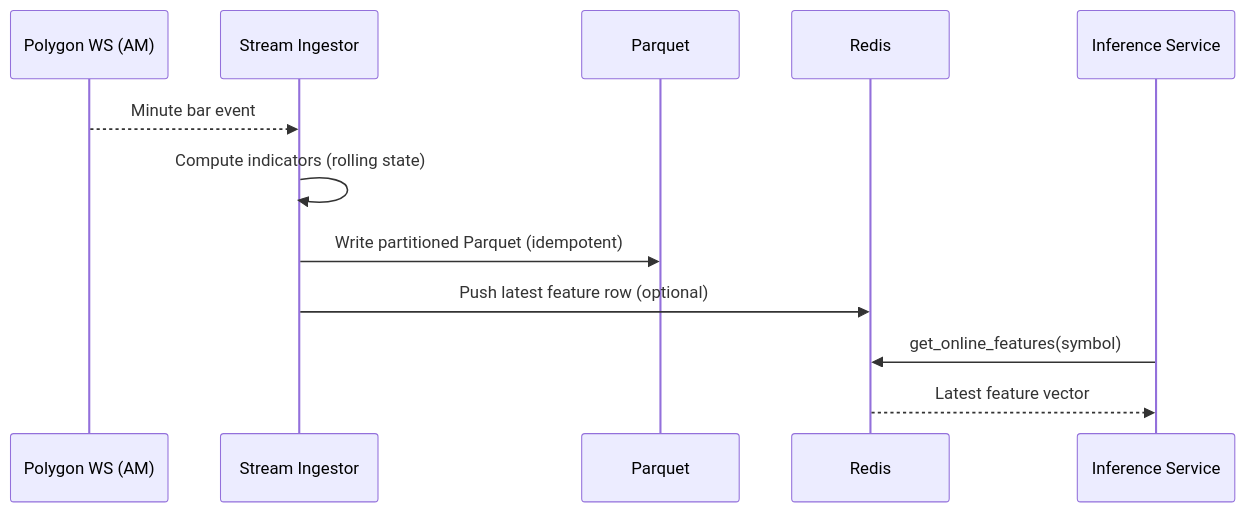
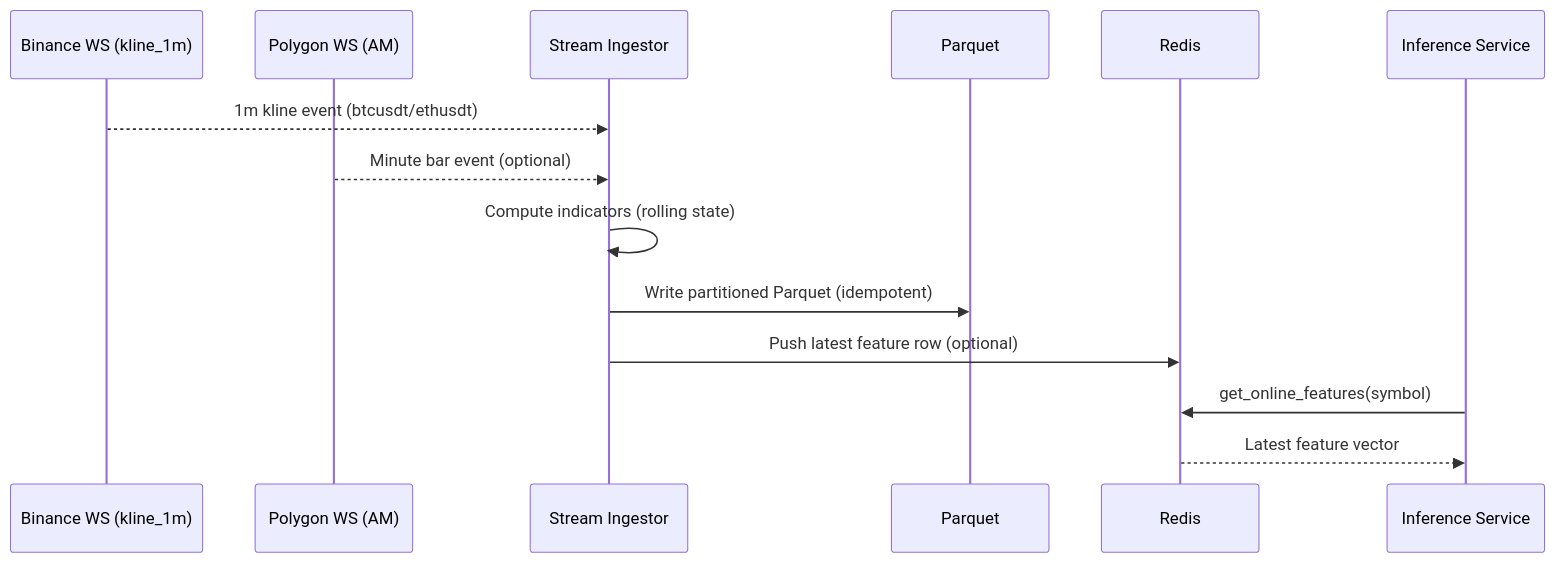
The third of 3 diagrams in docs/ARCHITECTURE.md (bridge-intelligence-lab/fin-feast), drawn with Mermaid before and after one commit. The commit also changed other lines of this file and 15 other files, not shown here.

````diff
--- a/docs/ARCHITECTURE.md
+++ b/docs/ARCHITECTURE.md
@@ -65,15 +72,17 @@
 ```mermaid
 sequenceDiagram
+  participant BinanceWS as Binance WS (kline_1m)
   participant PolygonWS as Polygon WS (AM)
   participant Ingestor as Stream Ingestor
   participant Parquet
   participant Redis
   participant Service as Inference Service
 
-  PolygonWS-->>Ingestor: Minute bar event
+  BinanceWS-->>Ingestor: 1m kline event (btcusdt/ethusdt)
+  PolygonWS-->>Ingestor: Minute bar event (optional)
   Ingestor->>Ingestor: Compute indicators (rolling state)
   Ingestor->>Parquet: Write partitioned Parquet (idempotent)
   Ingestor->>Redis: Push latest feature row (optional)
   Service->>Redis: get_online_features(symbol)
   Redis-->>Service: Latest feature vector
 ```
````
